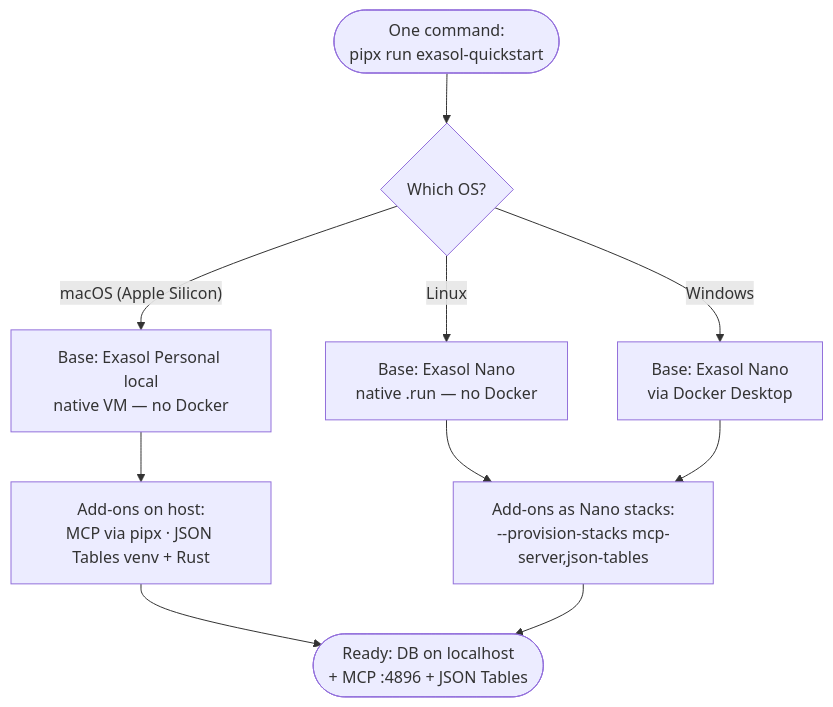
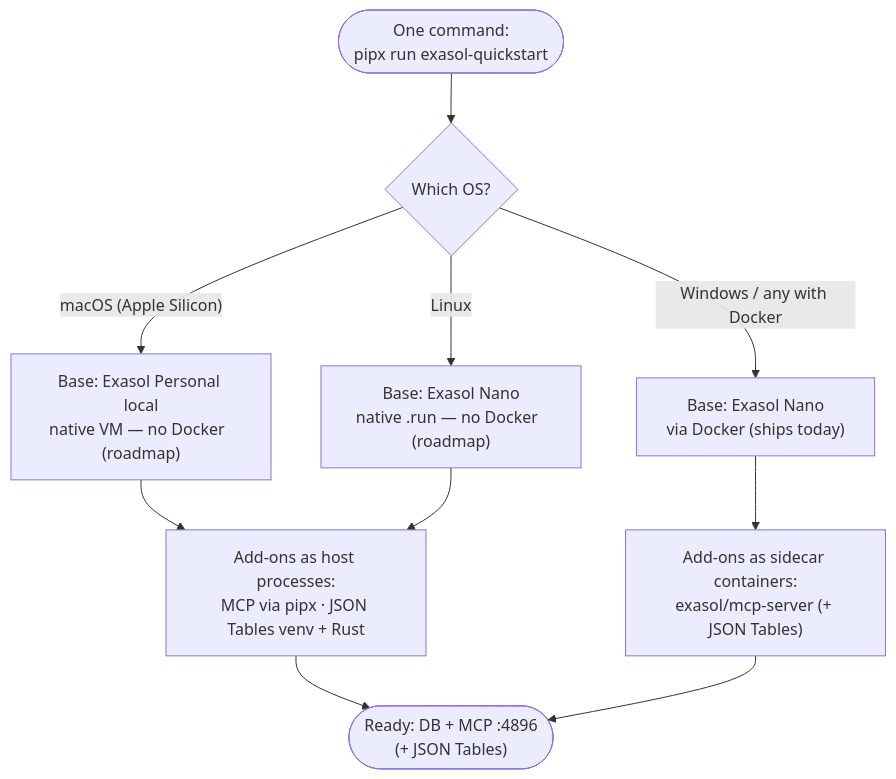
One commit to krishna-exasol/bundle-installation-methods changed the first of 2 diagrams in docs/case-studies/recommended-approach.md. Above: the diagram before and after it, drawn with Mermaid. The commit also changed other lines of this file and 6 other files, not shown here.

Commit message:
Doc accuracy pass: public Nano image lacks --provision-stacks; reframe Nano method to sidecar/Compose (works today, tested), stacks as roadmap; fix compose MCP port/env, version pins, quickstart 0.1.1

````diff
--- a/docs/case-studies/recommended-approach.md
+++ b/docs/case-studies/recommended-approach.md
@@ -65,15 +65,15 @@
 ```mermaid
 flowchart TD
     Start(["One command:<br/>pipx run exasol-quickstart"]) --> OS{"Which OS?"}
 
-    OS -->|"macOS (Apple Silicon)"| Mac["Base: Exasol Personal local<br/>native VM — no Docker"]
-    OS -->|"Linux"| Lin["Base: Exasol Nano<br/>native .run — no Docker"]
-    OS -->|"Windows"| Win["Base: Exasol Nano<br/>via Docker Desktop"]
+    OS -->|"macOS (Apple Silicon)"| Mac["Base: Exasol Personal local<br/>native VM — no Docker  (roadmap)"]
+    OS -->|"Linux"| Lin["Base: Exasol Nano<br/>native .run — no Docker  (roadmap)"]
+    OS -->|"Windows / any with Docker"| Win["Base: Exasol Nano<br/>via Docker  (ships today)"]
 
-    Mac --> MacAdd["Add-ons on host:<br/>MCP via pipx · JSON Tables venv + Rust"]
-    Lin --> Stacks["Add-ons as Nano stacks:<br/>--provision-stacks mcp-server,json-tables"]
-    Win --> Stacks
+    Mac --> Host["Add-ons as host processes:<br/>MCP via pipx · JSON Tables venv + Rust"]
+    Lin --> Host
+    Win --> Side["Add-ons as sidecar containers:<br/>exasol/mcp-server (+ JSON Tables)"]
 
-    MacAdd --> Done(["Ready: DB on localhost<br/>+ MCP :4896 + JSON Tables"])
-    Stacks --> Done
+    Host --> Done(["Ready: DB + MCP :4896<br/>(+ JSON Tables)"])
+    Side --> Done
 ```
````
